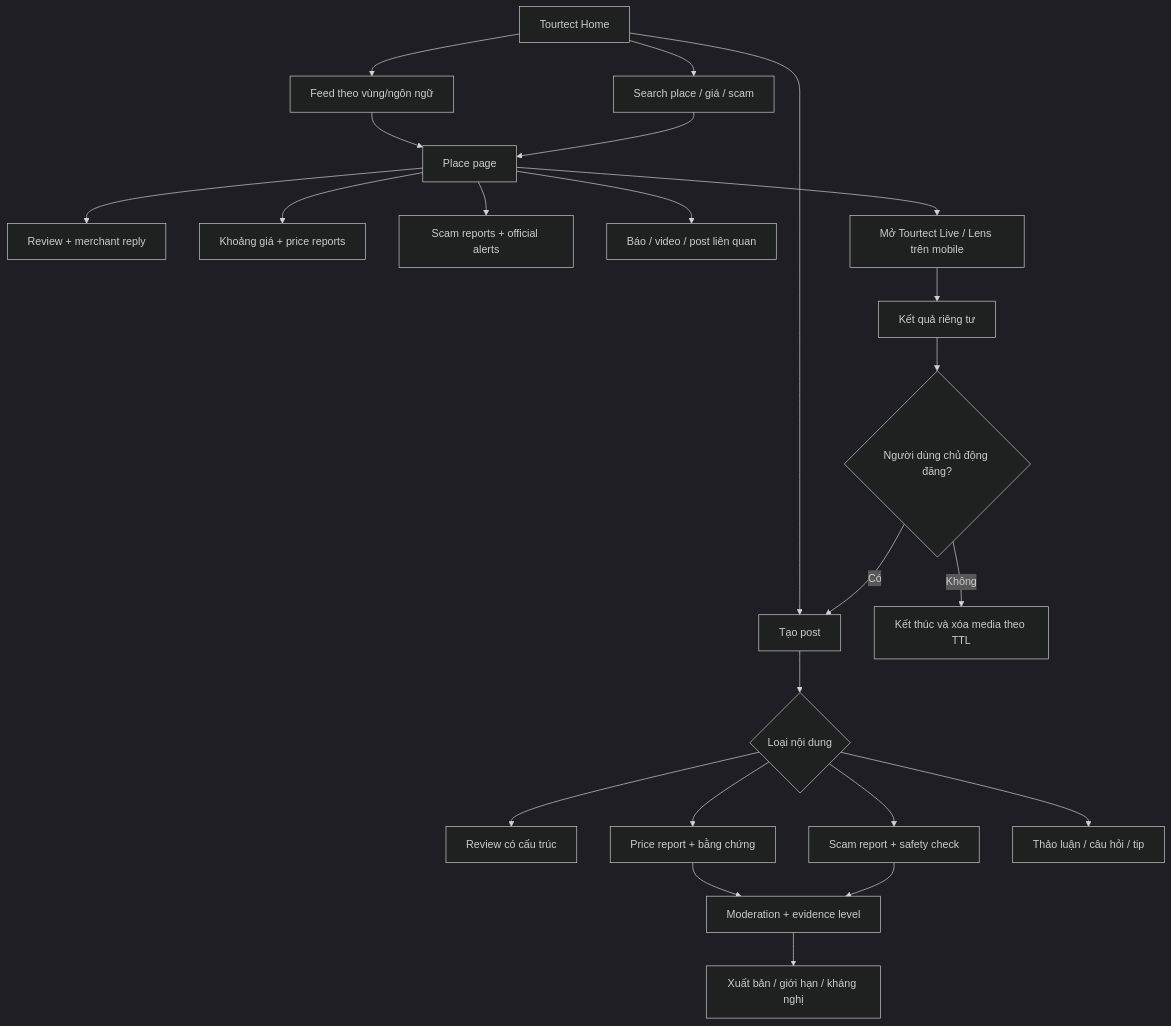
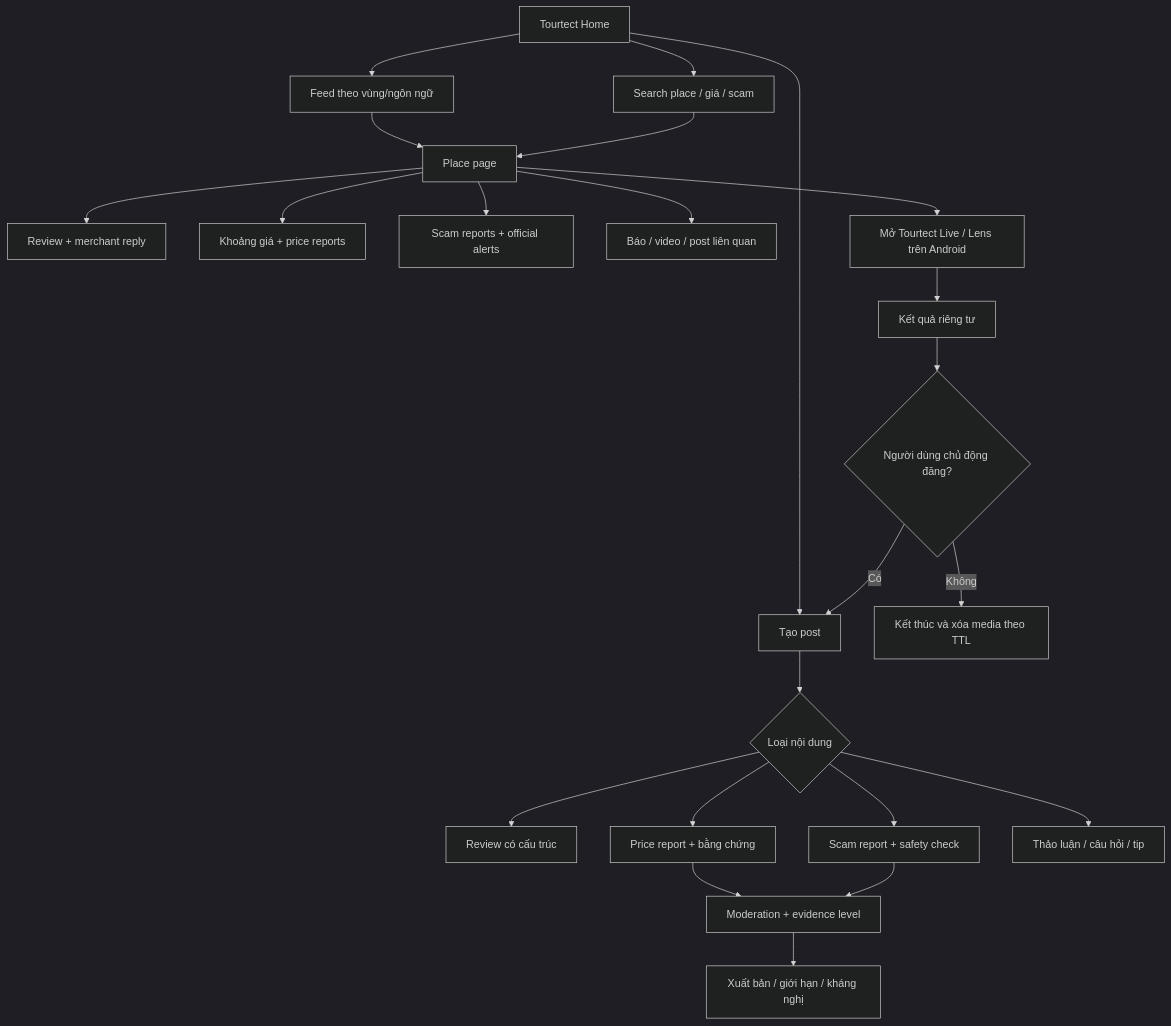
One commit to hackunix/tourtect changed the first of 9 diagrams in docs/system-design.md. Above: the diagram before and after it, drawn with Mermaid (dark theme). The commit also changed other lines of this file and 4 other files, not shown here.

```diff
--- a/docs/system-design.md
+++ b/docs/system-design.md
@@ -151,25 +155,25 @@
 ~~~mermaid
 flowchart TD
     LANDING["Tourtect Home"] --> FEED["Feed theo vùng/ngôn ngữ"]
     LANDING --> SEARCH["Search place / giá / scam"]
     LANDING --> CREATE["Tạo post"]
     FEED --> PLACE["Place page"]
     SEARCH --> PLACE
     PLACE --> REVIEWS["Review + merchant reply"]
     PLACE --> PRICES["Khoảng giá + price reports"]
     PLACE --> ALERTS["Scam reports + official alerts"]
     PLACE --> SOURCES["Báo / video / post liên quan"]
     CREATE --> TYPE{"Loại nội dung"}
     TYPE --> REVIEW["Review có cấu trúc"]
     TYPE --> PRICE["Price report + bằng chứng"]
     TYPE --> SCAM["Scam report + safety check"]
     TYPE --> DISCUSS["Thảo luận / câu hỏi / tip"]
     PRICE --> MOD["Moderation + evidence level"]
     SCAM --> MOD
     MOD --> PUBLISH["Xuất bản / giới hạn / kháng nghị"]
-    PLACE --> MOBILE_AI["Mở Tourtect Live / Lens trên mobile"]
+    PLACE --> MOBILE_AI["Mở Tourtect Live / Lens trên Android"]
     MOBILE_AI --> DRAFT["Kết quả riêng tư"]
     DRAFT --> OPTIN{"Người dùng chủ động đăng?"}
     OPTIN -- "Có" --> CREATE
     OPTIN -- "Không" --> END["Kết thúc và xóa media theo TTL"]
 ~~~
```
